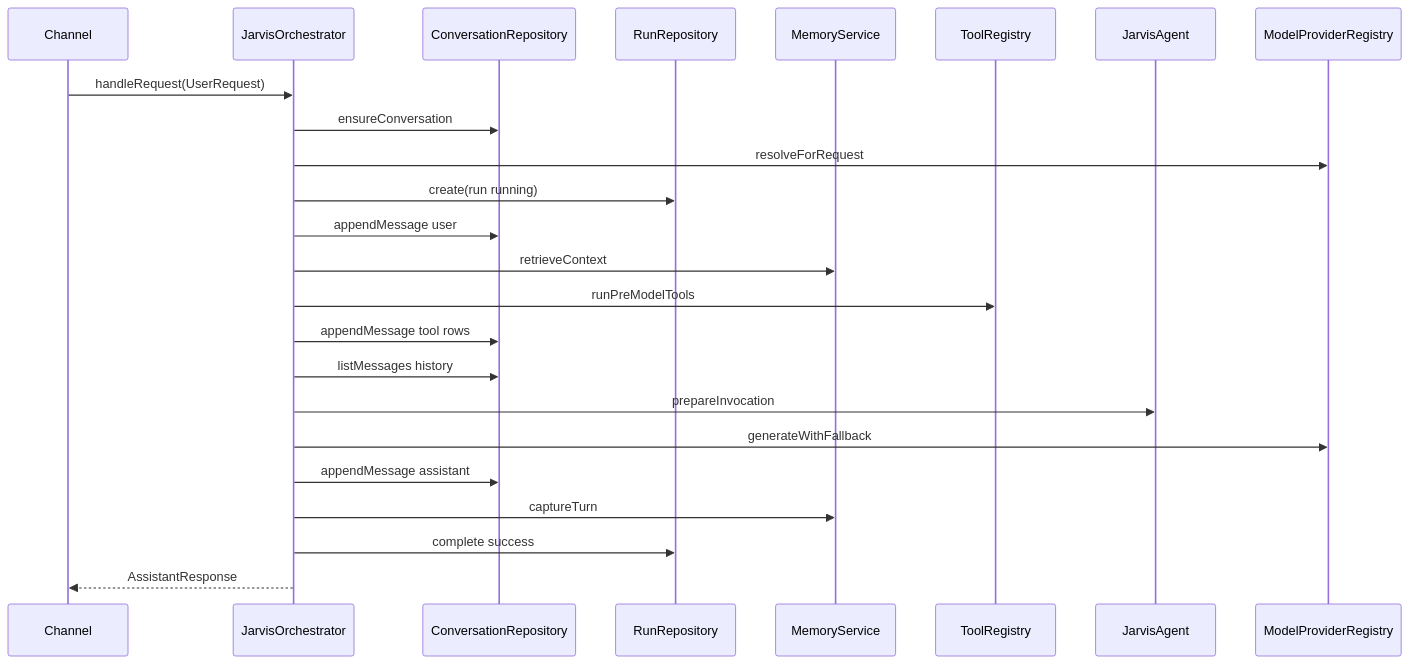
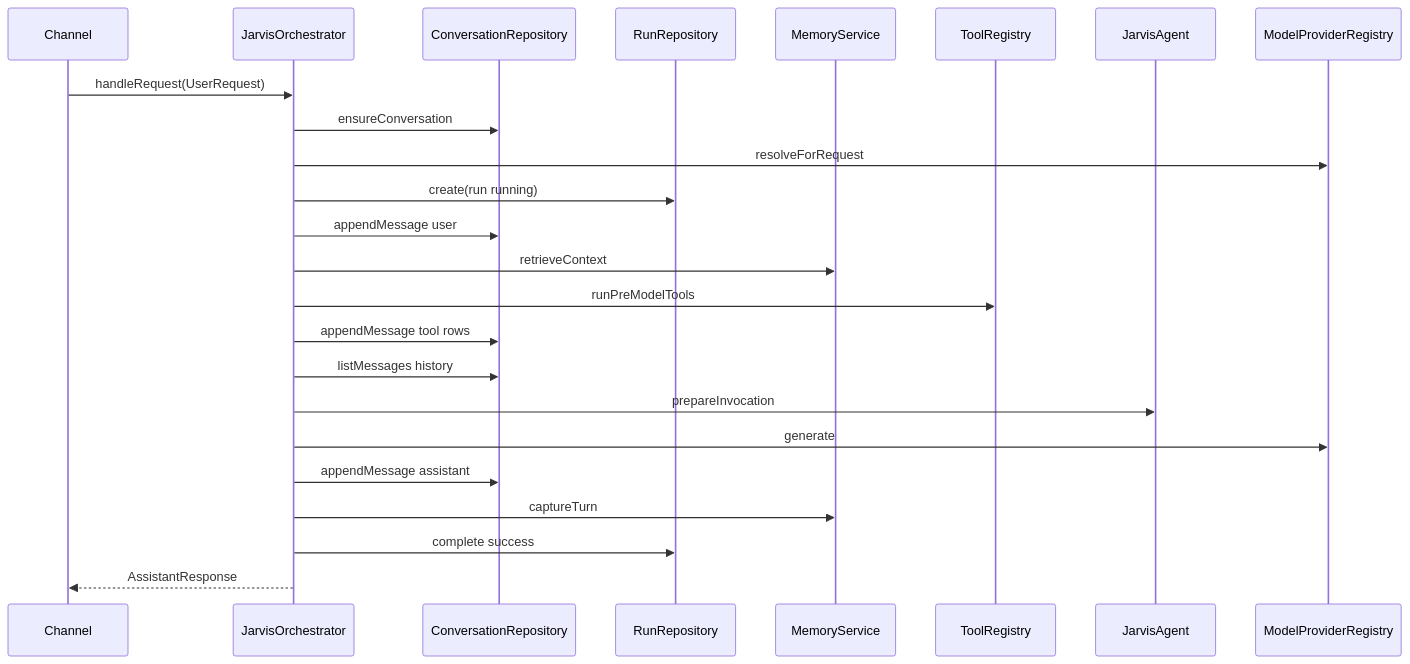
The second of 2 diagrams in docs/JARVIS-ARCHITECTURE.md (VishuThePlayer/jarvis), drawn with Mermaid before and after one commit. The commit also changed other lines of this file and 10 other files, not shown here.

````diff
--- a/docs/JARVIS-ARCHITECTURE.md
+++ b/docs/JARVIS-ARCHITECTURE.md
@@ -131,27 +127,27 @@
 ```mermaid
 sequenceDiagram
     participant Ch as Channel
     participant Orch as JarvisOrchestrator
     participant Conv as ConversationRepository
     participant Run as RunRepository
     participant Mem as MemoryService
     participant Tools as ToolRegistry
     participant Ag as JarvisAgent
     participant Mod as ModelProviderRegistry
 
     Ch->>Orch: handleRequest(UserRequest)
     Orch->>Conv: ensureConversation
     Orch->>Mod: resolveForRequest
     Orch->>Run: create(run running)
     Orch->>Conv: appendMessage user
     Orch->>Mem: retrieveContext
     Orch->>Tools: runPreModelTools
     Orch->>Conv: appendMessage tool rows
     Orch->>Conv: listMessages history
     Orch->>Ag: prepareInvocation
-    Orch->>Mod: generateWithFallback
+    Orch->>Mod: generate
     Orch->>Conv: appendMessage assistant
     Orch->>Mem: captureTurn
     Orch->>Run: complete success
     Orch-->>Ch: AssistantResponse
 ```
````
